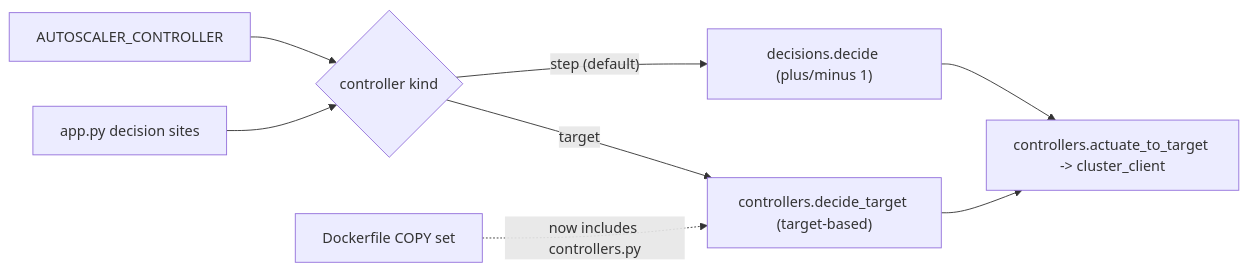
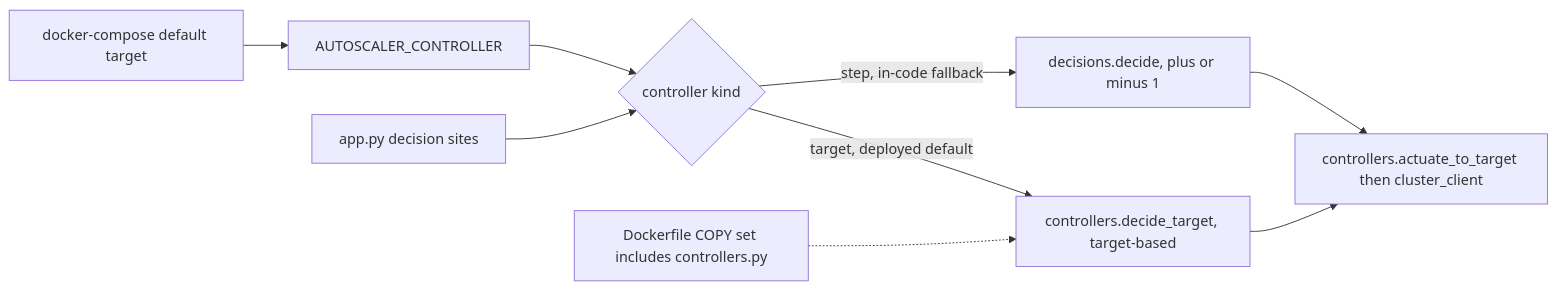
The first of 4 diagrams in docs/modules/autoscaler.md (TasneemEltabakh/smartload), drawn with Mermaid before and after one commit. The commit also changed other lines of this file and 5 other files, not shown here.

````diff
--- a/docs/modules/autoscaler.md
+++ b/docs/modules/autoscaler.md
@@ -64,10 +81,11 @@
 ```mermaid
 flowchart LR
-  ENV["AUTOSCALER_CONTROLLER"] --> SEL{"controller kind"}
+  COMPOSE["docker-compose default target"] --> ENV["AUTOSCALER_CONTROLLER"]
+  ENV --> SEL{"controller kind"}
   APP["app.py decision sites"] --> SEL
-  SEL -- "step (default)" --> DEC["decisions.decide (plus/minus 1)"]
-  SEL -- "target" --> CTRL["controllers.decide_target (target-based)"]
-  DEC --> ACT["controllers.actuate_to_target -> cluster_client"]
+  SEL -- "step, in-code fallback" --> DEC["decisions.decide, plus or minus 1"]
+  SEL -- "target, deployed default" --> CTRL["controllers.decide_target, target-based"]
+  DEC --> ACT["controllers.actuate_to_target then cluster_client"]
   CTRL --> ACT
-  DOCK["Dockerfile COPY set"] -.->|"now includes controllers.py"| CTRL
+  DOCK["Dockerfile COPY set includes controllers.py"] -.-> CTRL
 ```
````
